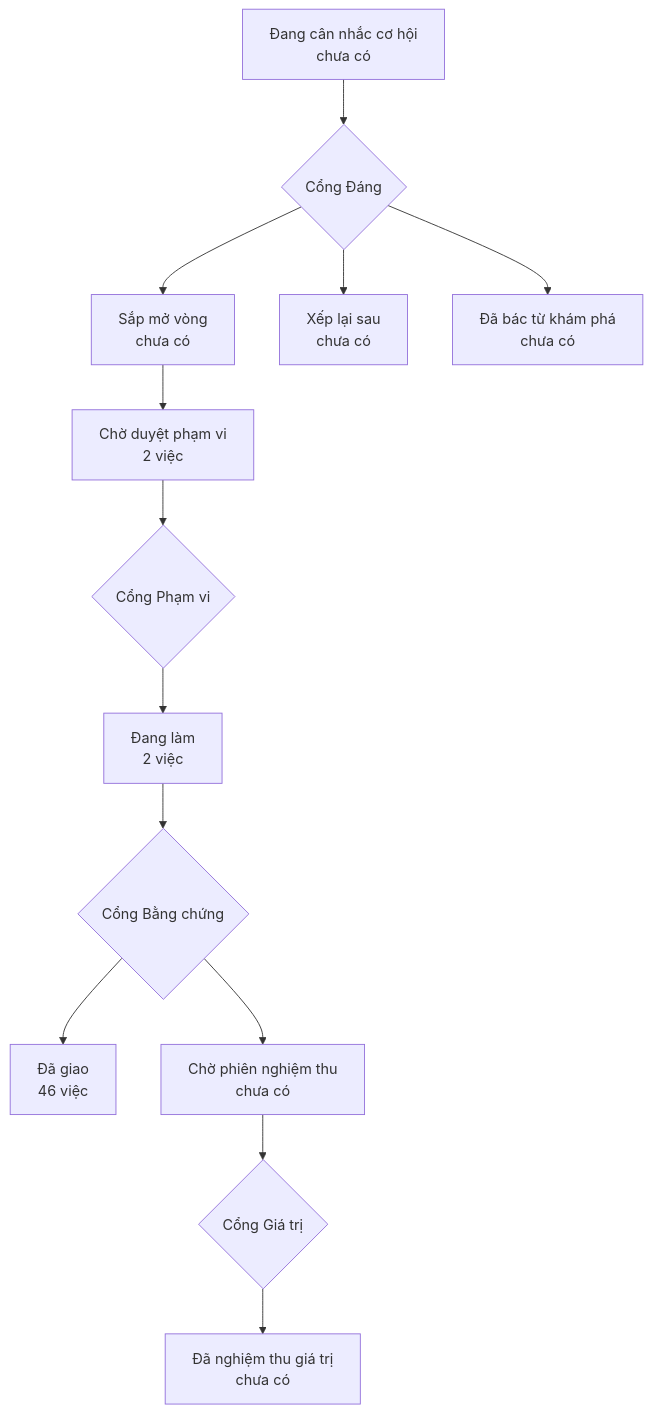
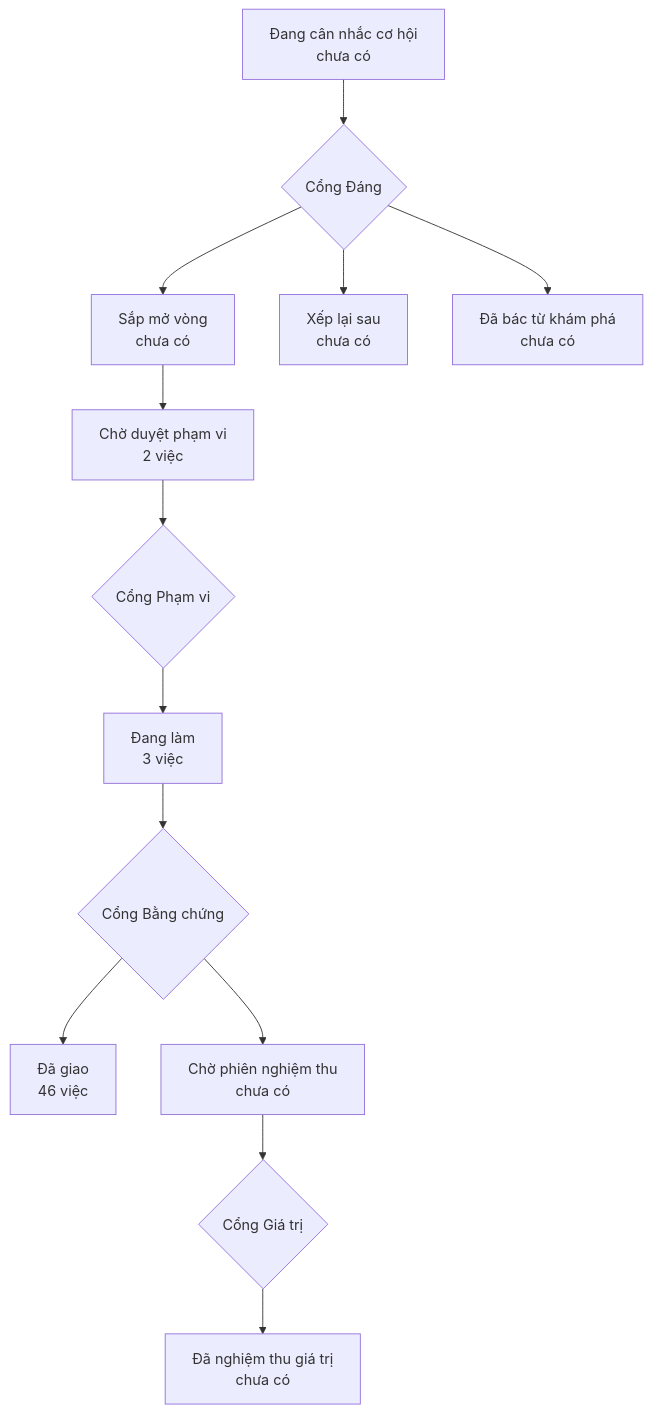
Before and after one commit to phanlemanh/acceptance-gate-kit: the diagram in PRODUCT-MAP.md, drawn with Mermaid. The commit also changed other lines of this file, not shown here.

Commit message:
chore(map): vẽ lại bản đồ sau khi mở hồ sơ release-2-2-0

````diff
--- a/PRODUCT-MAP.md
+++ b/PRODUCT-MAP.md
@@ -6,12 +6,12 @@
 ```mermaid
 flowchart TD
   A["Đang cân nhắc cơ hội<br/>chưa có"] --> GD{"Cổng Đáng"}
   GD --> B["Sắp mở vòng<br/>chưa có"]
   GD --> XL["Xếp lại sau<br/>chưa có"]
   GD --> DB["Đã bác từ khám phá<br/>chưa có"]
   B --> CD["Chờ duyệt phạm vi<br/>2 việc"] --> GP{"Cổng Phạm vi"}
-  GP --> DL["Đang làm<br/>2 việc"] --> GB{"Cổng Bằng chứng"}
+  GP --> DL["Đang làm<br/>3 việc"] --> GB{"Cổng Bằng chứng"}
   GB --> DG["Đã giao<br/>46 việc"]
   GB --> CN["Chờ phiên nghiệm thu<br/>chưa có"] --> GG{"Cổng Giá trị"}
   GG --> NT["Đã nghiệm thu giá trị<br/>chưa có"]
 ```
````
